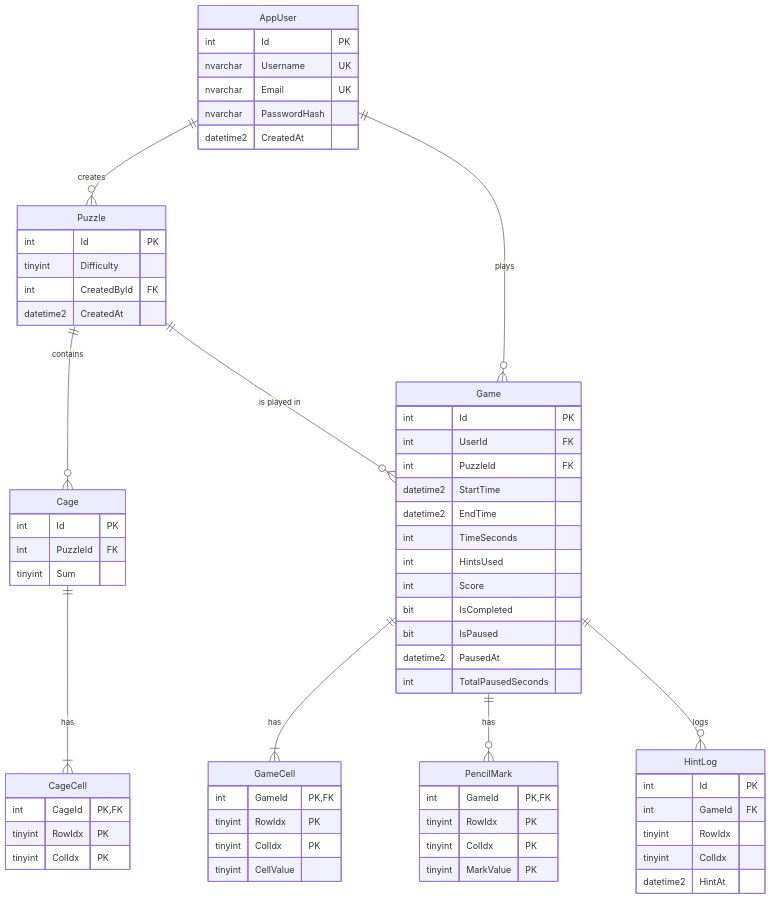
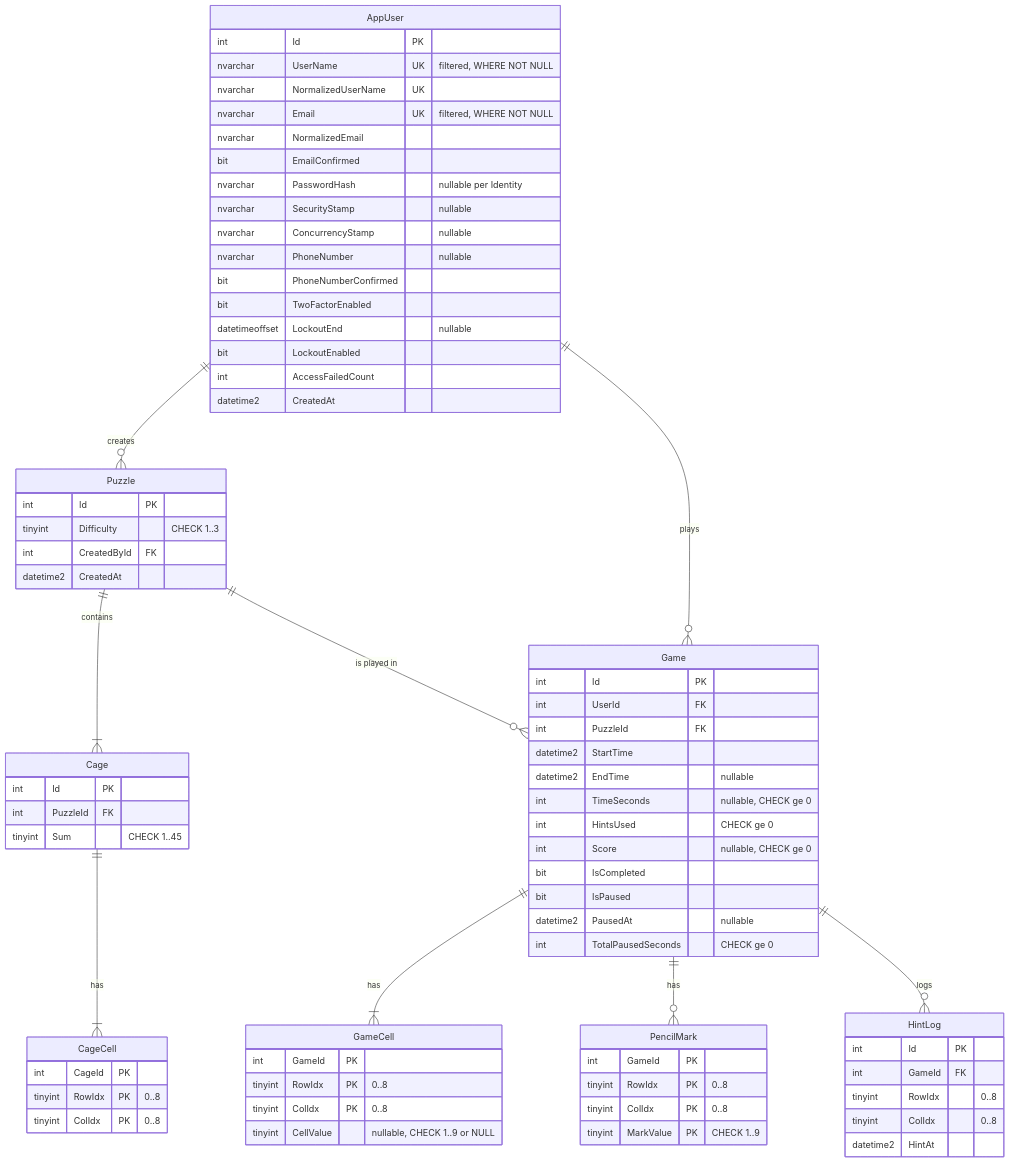
The diagram in docs/doc_pdf/02-section-2.md (Tim-Fischer-zh/skillsbattle), drawn with Mermaid before and after one commit. The commit also changed other lines of this file and 19 other files, not shown here.

````diff
--- a/docs/doc_pdf/02-section-2.md
+++ b/docs/doc_pdf/02-section-2.md
@@ -9,68 +12,79 @@
 ```mermaid
 erDiagram
  AppUser ||--o{ Puzzle : creates
  AppUser ||--o{ Game : plays
- Puzzle ||--o{ Cage : contains
+ Puzzle ||--|{ Cage : contains
  Puzzle ||--o{ Game : "is played in"
  Cage ||--|{ CageCell : has
  Game ||--|{ GameCell : has
  Game ||--o{ PencilMark: has
  Game ||--o{ HintLog : logs
 
  AppUser {
  int Id PK
- nvarchar Username UK
- nvarchar Email UK
- nvarchar PasswordHash
+ nvarchar UserName UK "filtered, WHERE NOT NULL"
+ nvarchar NormalizedUserName UK
+ nvarchar Email UK "filtered, WHERE NOT NULL"
+ nvarchar NormalizedEmail
+ bit EmailConfirmed
+ nvarchar PasswordHash "nullable per Identity"
+ nvarchar SecurityStamp "nullable"
+ nvarchar ConcurrencyStamp "nullable"
+ nvarchar PhoneNumber "nullable"
+ bit PhoneNumberConfirmed
+ bit TwoFactorEnabled
+ datetimeoffset LockoutEnd "nullable"
+ bit LockoutEnabled
+ int AccessFailedCount
  datetime2 CreatedAt
  }
  Puzzle {
  int Id PK
- tinyint Difficulty
+ tinyint Difficulty "CHECK 1..3"
  int CreatedById FK
  datetime2 CreatedAt
  }
  Cage {
  int Id PK
  int PuzzleId FK
- tinyint Sum
+ tinyint Sum "CHECK 1..45"
  }
  CageCell {
- int CageId PK,FK
- tinyint RowIdx PK
- tinyint ColIdx PK
+ int CageId PK
+ tinyint RowIdx PK "0..8"
+ tinyint ColIdx PK "0..8"
  }
  Game {
  int Id PK
  int UserId FK
  int PuzzleId FK
  datetime2 StartTime
- datetime2 EndTime
- int TimeSeconds
- int HintsUsed
- int Score
+ datetime2 EndTime "nullable"
+ int TimeSeconds "nullable, CHECK ge 0"
+ int HintsUsed "CHECK ge 0"
+ int Score "nullable, CHECK ge 0"
  bit IsCompleted
  bit IsPaused
- datetime2 PausedAt
- int TotalPausedSeconds
+ datetime2 PausedAt "nullable"
+ int TotalPausedSeconds "CHECK ge 0"
  }
  GameCell {
- int GameId PK,FK
- tinyint RowIdx PK
- tinyint ColIdx PK
- tinyint CellValue
+ int GameId PK
+ tinyint RowIdx PK "0..8"
+ tinyint ColIdx PK "0..8"
+ tinyint CellValue "nullable, CHECK 1..9 or NULL"
  }
  PencilMark {
- int GameId PK,FK
- tinyint RowIdx PK
- tinyint ColIdx PK
- tinyint MarkValue PK
+ int GameId PK
+ tinyint RowIdx PK "0..8"
+ tinyint ColIdx PK "0..8"
+ tinyint MarkValue PK "CHECK 1..9"
  }
  HintLog {
  int Id PK
  int GameId FK
- tinyint RowIdx
- tinyint ColIdx
+ tinyint RowIdx "0..8"
+ tinyint ColIdx "0..8"
  datetime2 HintAt
  }
 ```
````
